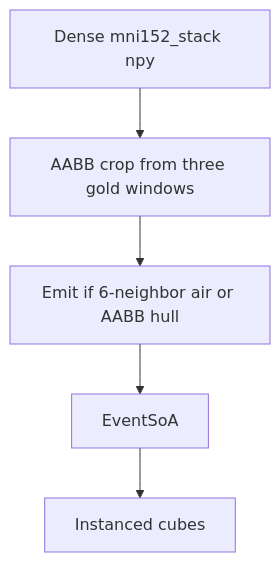
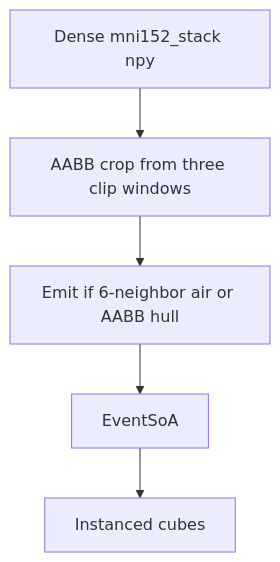
One commit to PiMaV/DONNER changed diagram 24 of 27 in architecture.md. Above: the diagram before and after it, drawn with Mermaid. The commit also changed other lines of this file and 22 other files, not shown here.

````diff
--- a/architecture.md
+++ b/architecture.md
@@ -799,9 +839,9 @@
 ```mermaid
 flowchart TB
   dense[Dense mni152_stack npy]
-  aabb[AABB crop from three gold windows]
+  aabb[AABB crop from three clip windows]
   cull[Emit if 6-neighbor air or AABB hull]
   soa[EventSoA]
   cubes[Instanced cubes]
   dense --> aabb --> cull --> soa --> cubes
 ```
````
